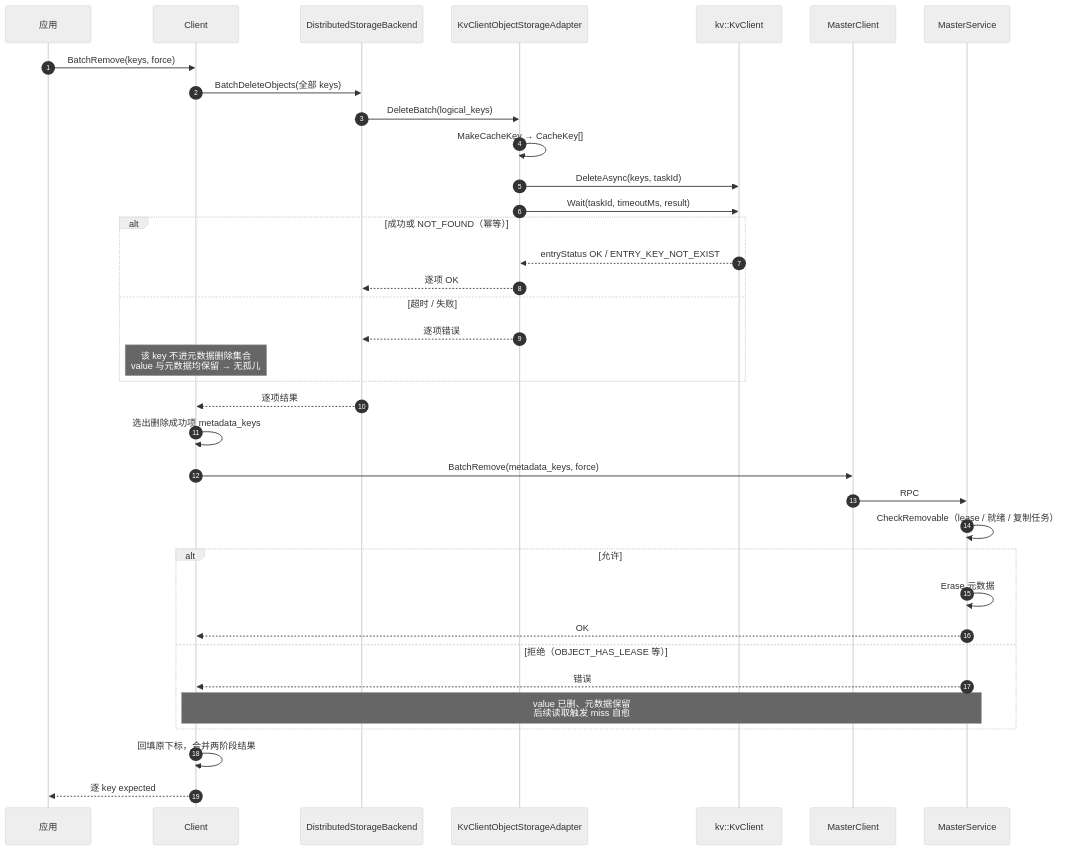
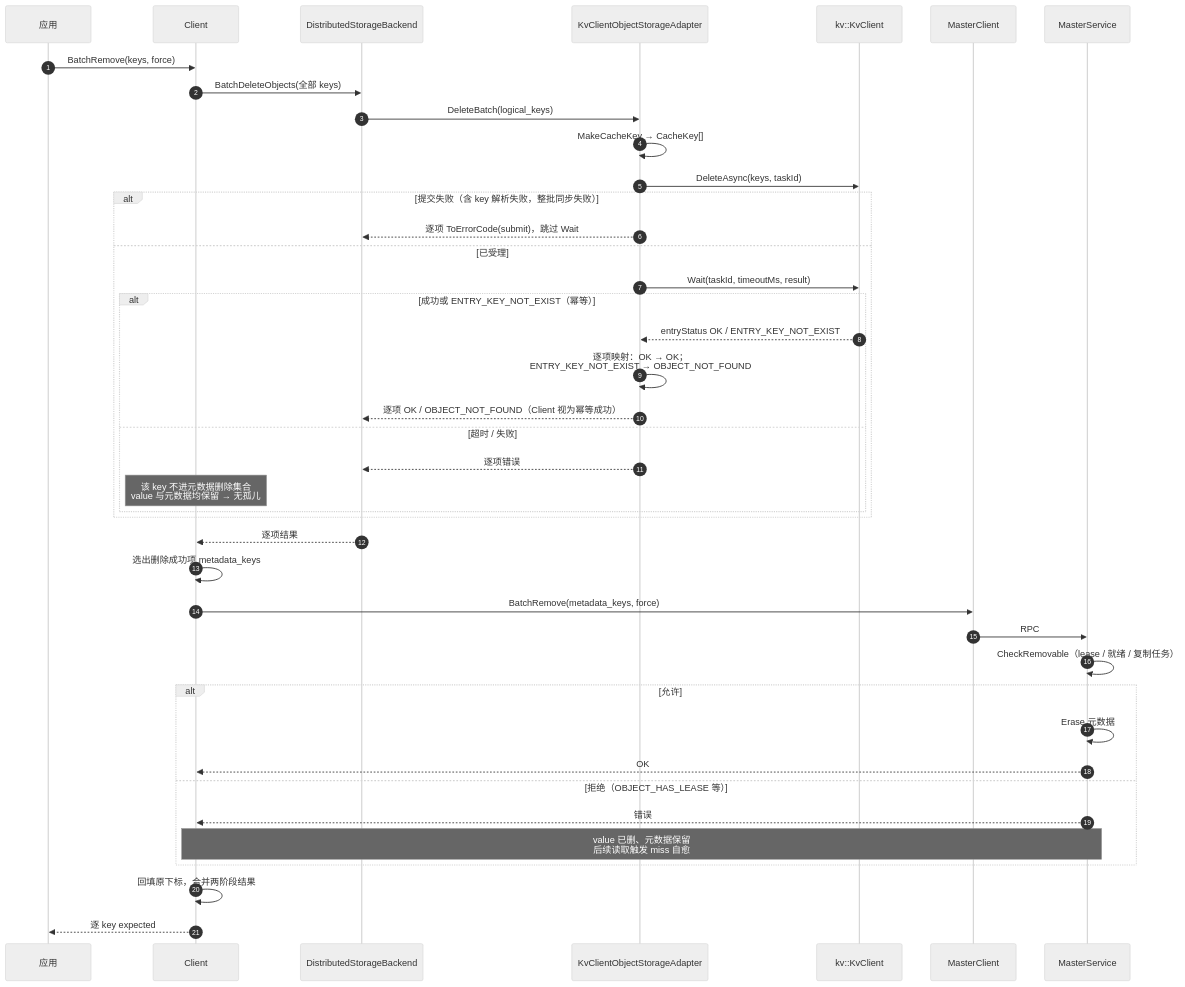
Diagram 11 of 13 in Mooncake + KVClient L3 接入（Kvcs）- v3.md (zwj20000328-dotcom/Mooncake-documents), drawn with Mermaid (neutral theme) before and after one commit. The commit also changed other lines of this file, not shown here.

Commit message:
docs: align diagrams and code paths with per-batch registration semantics

````diff
--- a/Mooncake + KVClient L3 接入（Kvcs）- v3.md
+++ b/Mooncake + KVClient L3 接入（Kvcs）- v3.md
@@ -681,39 +702,44 @@
 ```mermaid
 sequenceDiagram
     autonumber
     participant APP as 应用
     participant C as Client
     participant BE as DistributedStorageBackend
     participant AD as KvClientObjectStorageAdapter
     participant SDK as kv::KvClient
     participant MC as MasterClient
     participant M as MasterService
 
     APP->>C: BatchRemove(keys, force)
     C->>BE: BatchDeleteObjects(全部 keys)
     BE->>AD: DeleteBatch(logical_keys)
     AD->>AD: MakeCacheKey → CacheKey[]
     AD->>SDK: DeleteAsync(keys, taskId)
-    AD->>SDK: Wait(taskId, timeoutMs, result)
-    alt 成功或 NOT_FOUND（幂等）
-        SDK-->>AD: entryStatus OK / ENTRY_KEY_NOT_EXIST
-        AD-->>BE: 逐项 OK
-    else 超时 / 失败
-        AD-->>BE: 逐项错误
-        Note over C: 该 key 不进元数据删除集合<br/>value 与元数据均保留 → 无孤儿
+    alt 提交失败（含 key 解析失败，整批同步失败）
+        AD-->>BE: 逐项 ToErrorCode(submit)，跳过 Wait
+    else 已受理
+        AD->>SDK: Wait(taskId, timeoutMs, result)
+        alt 成功或 ENTRY_KEY_NOT_EXIST（幂等）
+            SDK-->>AD: entryStatus OK / ENTRY_KEY_NOT_EXIST
+            AD->>AD: 逐项映射：OK → OK；<br/>ENTRY_KEY_NOT_EXIST → OBJECT_NOT_FOUND
+            AD-->>BE: 逐项 OK / OBJECT_NOT_FOUND（Client 视为幂等成功）
+        else 超时 / 失败
+            AD-->>BE: 逐项错误
+            Note over C: 该 key 不进元数据删除集合<br/>value 与元数据均保留 → 无孤儿
+        end
     end
     BE-->>C: 逐项结果
     C->>C: 选出删除成功项 metadata_keys
     C->>MC: BatchRemove(metadata_keys, force)
     MC->>M: RPC
     M->>M: CheckRemovable（lease / 就绪 / 复制任务）
     alt 允许
         M->>M: Erase 元数据
         M-->>C: OK
     else 拒绝（OBJECT_HAS_LEASE 等）
         M-->>C: 错误
         Note over C,M:  value 已删、元数据保留<br/>后续读取触发 miss 自愈
     end
     C->>C: 回填原下标，合并两阶段结果
     C-->>APP: 逐 key expected
 ```
````
